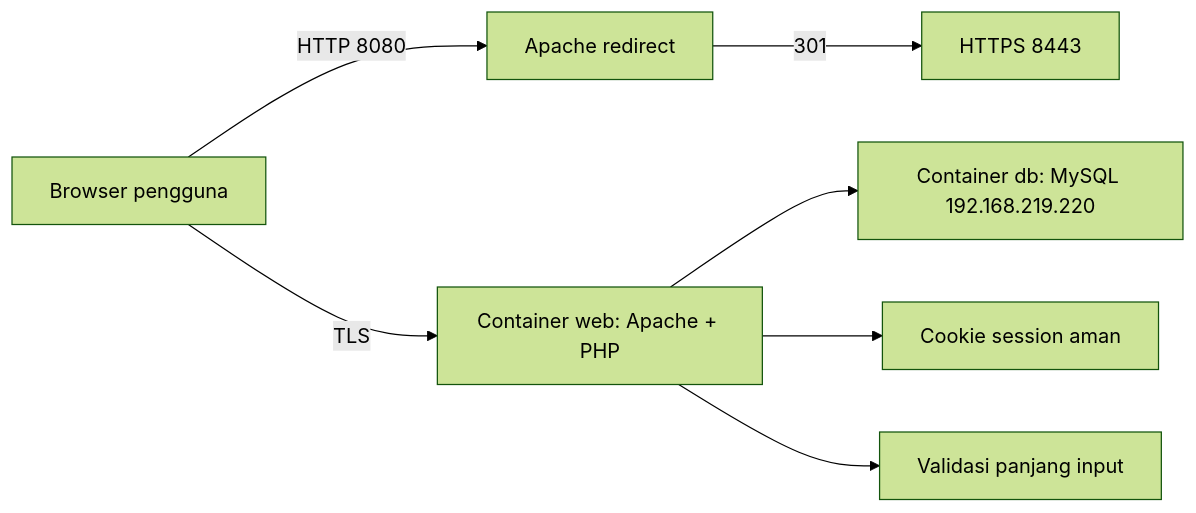
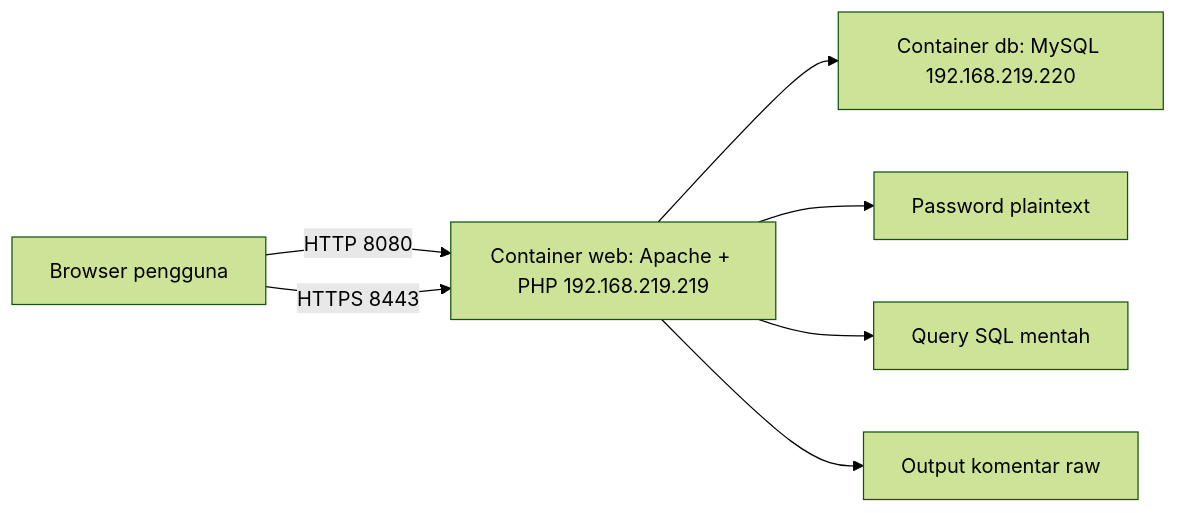
The diagram in docs/DOKUMENTASI_APLIKASI.md (ArdeezYy/mawang_clo2), drawn with Mermaid (forest theme) before and after one commit. The commit also changed other lines of this file and 13 other files, not shown here.

````diff
--- a/docs/DOKUMENTASI_APLIKASI.md
+++ b/docs/DOKUMENTASI_APLIKASI.md
@@ -50,9 +54,9 @@
 ```mermaid
 flowchart LR
-    Browser["Browser pengguna"] -->|HTTP 8080| Redirect["Apache redirect"]
-    Redirect -->|301| HTTPS["HTTPS 8443"]
-    Browser -->|TLS| Web["Container web: Apache + PHP"]
+    Browser["Browser pengguna"] -->|HTTP 8080| Web["Container web: Apache + PHP 192.168.219.219"]
+    Browser -->|HTTPS 8443| Web
     Web --> DB["Container db: MySQL 192.168.219.220"]
-    Web --> Session["Cookie session aman"]
-    Web --> Limit["Validasi panjang input"]
+    Web --> Plain["Password plaintext"]
+    Web --> RawSQL["Query SQL mentah"]
+    Web --> RawHTML["Output komentar raw"]
 ```
````
